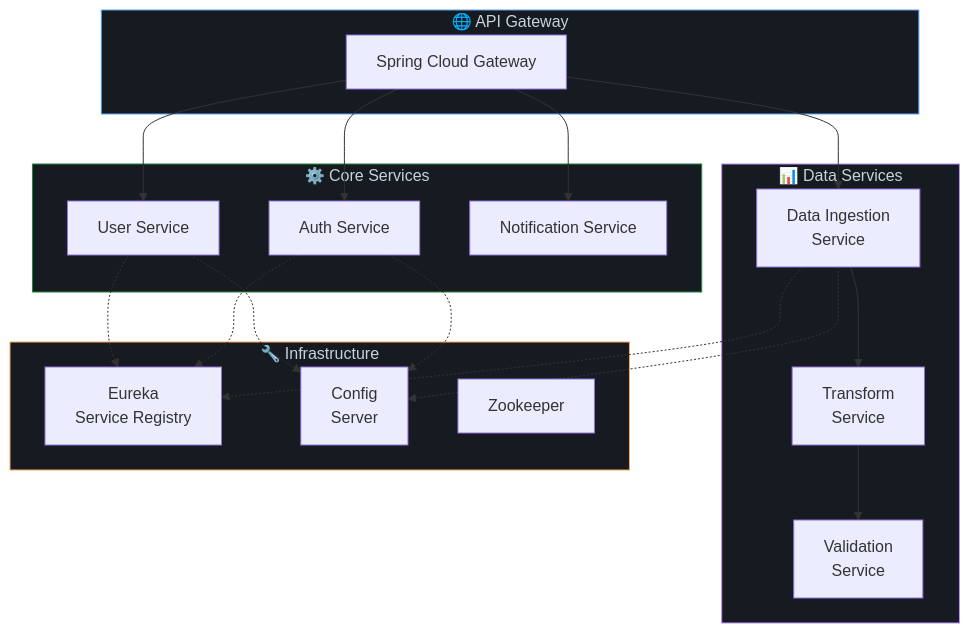
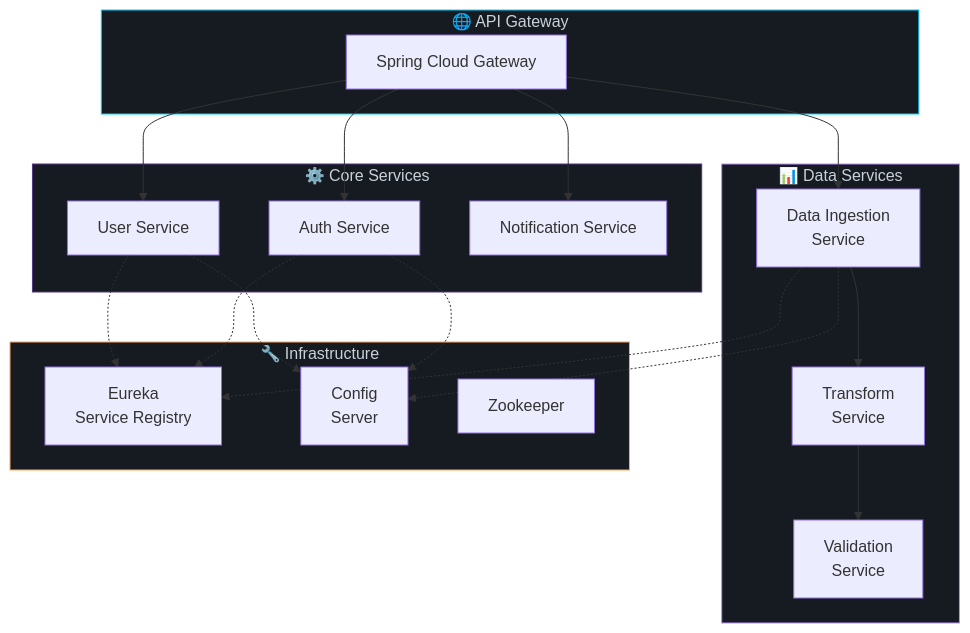
The second of 4 diagrams in README.md (repulbehl/repulbehl), drawn with Mermaid before and after one commit. The commit also changed other lines of this file, not shown here.

````diff
--- a/README.md
+++ b/README.md
@@ -219,34 +237,34 @@
 ```mermaid
 graph TB
     subgraph API_Gateway ["🌐 API Gateway"]
         GW[Spring Cloud Gateway]
     end
 
     subgraph Core_Services ["⚙️ Core Services"]
         US[User Service]
         AS[Auth Service]
         NS[Notification Service]
     end
 
     subgraph Data_Services ["📊 Data Services"]
         DS[Data Ingestion\nService]
         TS[Transform\nService]
         VS[Validation\nService]
     end
 
     subgraph Infra ["🔧 Infrastructure"]
         EU[Eureka\nService Registry]
         CF[Config\nServer]
         ZK[Zookeeper]
     end
 
     GW --> US & AS & NS & DS
     DS --> TS --> VS
     US & AS & DS -.-> EU
     US & AS & DS -.-> CF
     
-    style API_Gateway fill:#161b22,stroke:#58a6ff,color:#c9d1d9
-    style Core_Services fill:#161b22,stroke:#238636,color:#c9d1d9
+    style API_Gateway fill:#161b22,stroke:#00d2ff,color:#c9d1d9
+    style Core_Services fill:#161b22,stroke:#533483,color:#c9d1d9
     style Data_Services fill:#161b22,stroke:#bc8cff,color:#c9d1d9
     style Infra fill:#161b22,stroke:#ffa657,color:#c9d1d9
 ```
````
